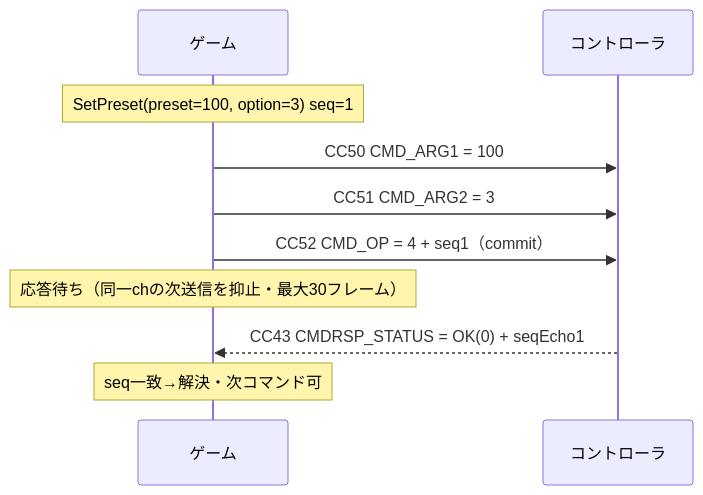
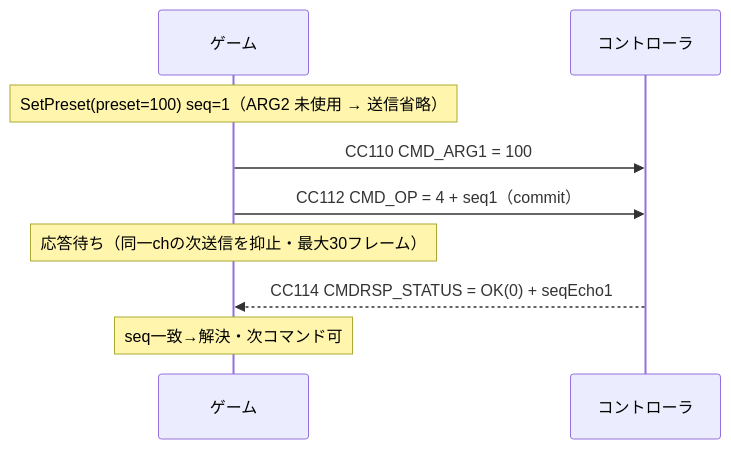
The first of 4 diagrams in docs/specs/midi-mapping.md (sanlike0911/pyMidiSimulator), drawn with Mermaid before and after one commit. The commit also changed other lines of this file and 2 other files, not shown here.

````diff
--- a/docs/specs/midi-mapping.md
+++ b/docs/specs/midi-mapping.md
@@ -244,12 +271,11 @@
 ```mermaid
 sequenceDiagram
     participant G as ゲーム
     participant C as コントローラ
-    Note over G: SetPreset(preset=100, option=3) seq=1
-    G->>C: CC50 CMD_ARG1 = 100
-    G->>C: CC51 CMD_ARG2 = 3
-    G->>C: CC52 CMD_OP = 4 + seq1（commit）
+    Note over G: SetPreset(preset=100) seq=1（ARG2 未使用 → 送信省略）
+    G->>C: CC110 CMD_ARG1 = 100
+    G->>C: CC112 CMD_OP = 4 + seq1（commit）
     Note over G: 応答待ち（同一chの次送信を抑止・最大30フレーム）
-    C-->>G: CC43 CMDRSP_STATUS = OK(0) + seqEcho1
+    C-->>G: CC114 CMDRSP_STATUS = OK(0) + seqEcho1
     Note over G: seq一致→解決・次コマンド可
 ```
````
